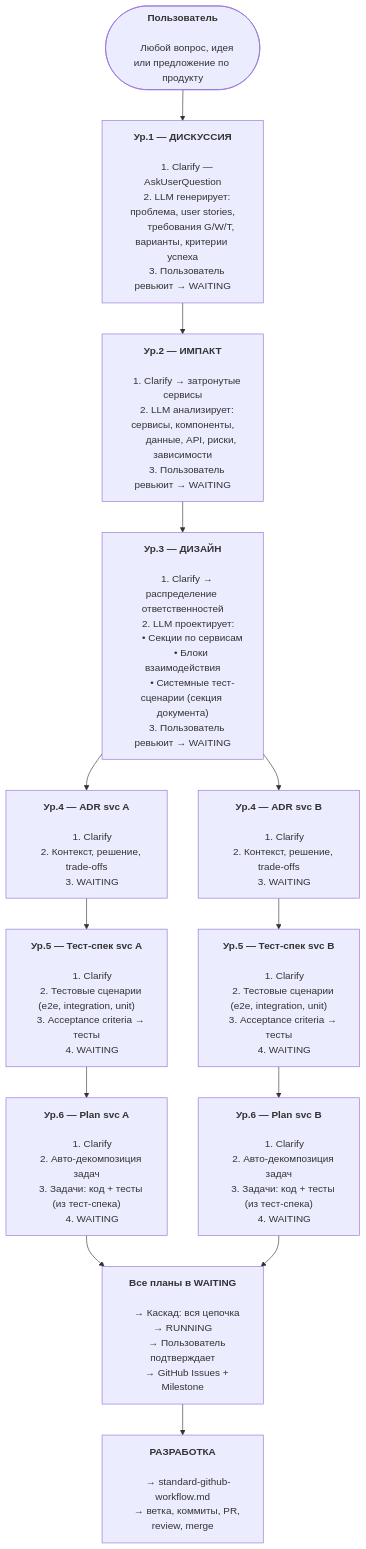
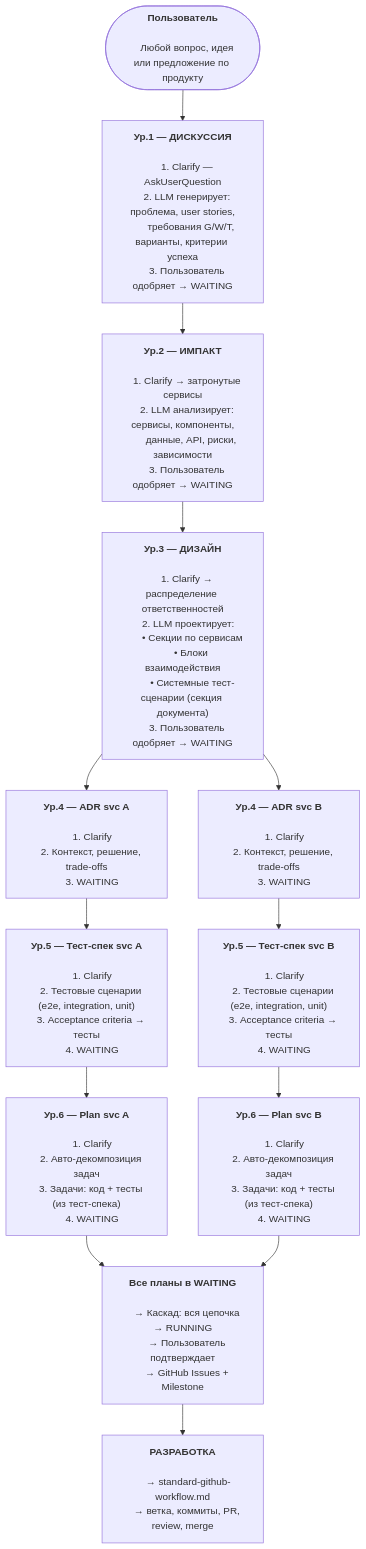
Before and after one commit to NSEvteev/FullSpec: the fourth of 5 diagrams in .claude/drafts/2026-02-08-specs-architecture.md, drawn with Mermaid. The commit also changed other lines of this file and 2 other files, not shown here.

```diff
--- a/.claude/drafts/2026-02-08-specs-architecture.md
+++ b/.claude/drafts/2026-02-08-specs-architecture.md
@@ -200,14 +494,14 @@
     1. Clarify — AskUserQuestion
     2. LLM генерирует: проблема, user stories,
        требования G/W/T, варианты, критерии успеха
-    3. Пользователь ревьюит → WAITING"]
+    3. Пользователь одобряет → WAITING"]
 
     IMP["<b>Ур.2 — ИМПАКТ</b>
 
     1. Clarify → затронутые сервисы
     2. LLM анализирует: сервисы, компоненты,
        данные, API, риски, зависимости
-    3. Пользователь ревьюит → WAITING"]
+    3. Пользователь одобряет → WAITING"]
 
     DES["<b>Ур.3 — ДИЗАЙН</b>
 
@@ -216,7 +510,7 @@
        • Секции по сервисам
        • Блоки взаимодействия
        • Системные тест-сценарии (секция документа)
-    3. Пользователь ревьюит → WAITING"]
+    3. Пользователь одобряет → WAITING"]
 
     ADRA["<b>Ур.4 — ADR svc A</b>
 
```
